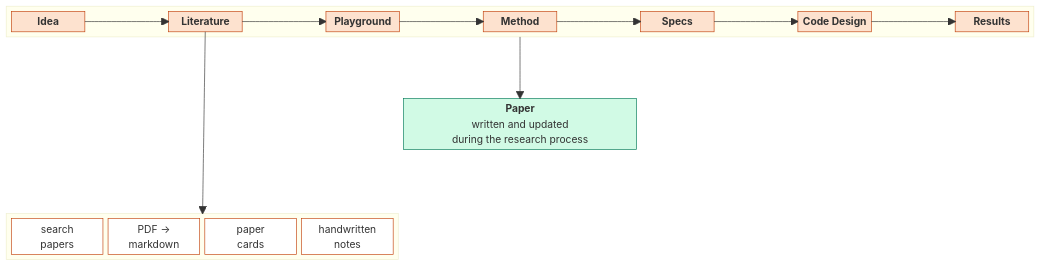
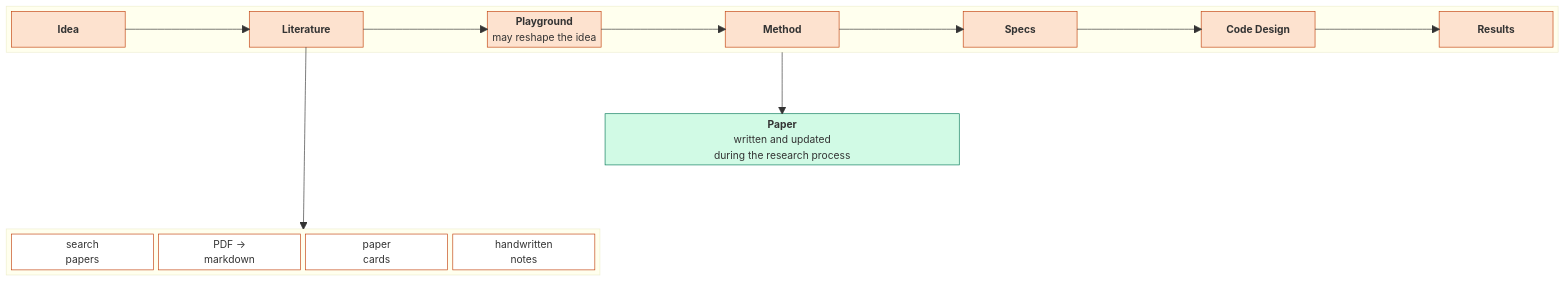
One commit to LeonardoSani/OmniFrame changed the diagram in README.md. Above: the diagram before and after it, drawn with Mermaid. The commit also changed other lines of this file and 17 other files, not shown here.

Commit message:
Playground files renamed *_pg; rules slimmed: side-by-side said once, no restated rules, /lit-search keeps only what the scripts need; GUIDE commands, tokens and diagrams cover the playground

````diff
--- a/README.md
+++ b/README.md
@@ -12,31 +12,31 @@
 ```mermaid
 block-beta
   columns 13
   block:ROW:13
-    I["<b>Idea</b>"] space L["<b>Literature</b>"] space G["<b>Playground</b>"] space M["<b>Method</b>"] space S["<b>Specs</b>"] space C["<b>Code Design</b>"] space R["<b>Results</b>"]
+    I["<b>Idea</b>"] space L["<b>Literature</b>"] space G["<b>Playground</b><br/>may reshape the idea"] space M["<b>Method</b>"] space S["<b>Specs</b>"] space C["<b>Code Design</b>"] space R["<b>Results</b>"]
   end
   space:13
   space:5 P["<b>Paper</b><br/>written and updated<br/>during the research process"]:3 space:5
   space:13
   block:LD:5
     columns 4
     e1["search<br/>papers"] e2["PDF →<br/>markdown"] e3["paper<br/>cards"] e4["handwritten<br/>notes"]
   end
   space:8
 
   I --> L
   L --> G
   G --> M
   M --> S
   S --> C
   C --> R
   ROW --> P
   L --> LD
 
   classDef step fill:#fde2cf,stroke:#c2410c,color:#111
   classDef paper fill:#d1fae5,stroke:#047857,color:#111
   classDef zoom fill:#fff,stroke:#c2410c,color:#111
   class I,L,G,M,S,C,R step
   class P paper
   class e1,e2,e3,e4 zoom
 ```
````
